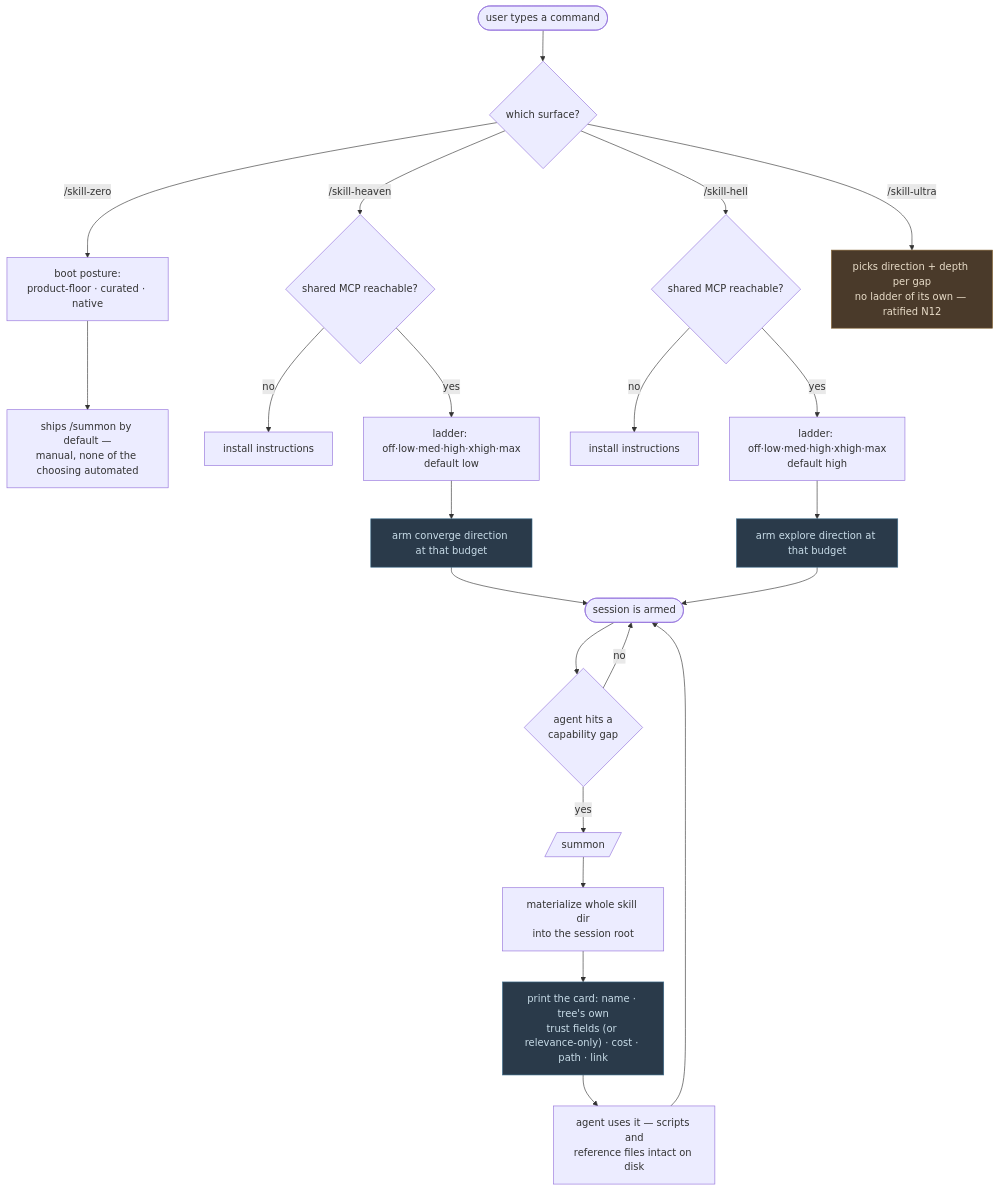
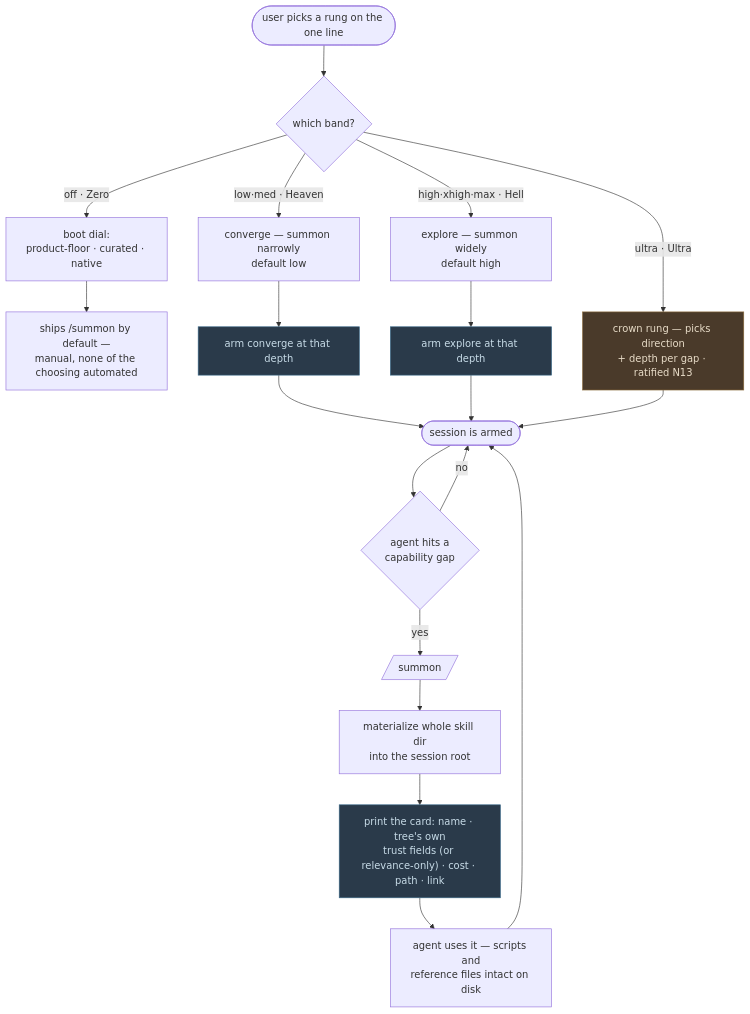
One commit to gaia-research/gaia-skill-heaven changed the diagram in docs/LADDER-FLOW.md. Above: the diagram before and after it, drawn with Mermaid. The commit also changed other lines of this file and 4 other files, not shown here.

First line of the commit message:
docs: reconcile the lexicon to N13 — one ladder, one line, four bands

````diff
--- a/docs/LADDER-FLOW.md
+++ b/docs/LADDER-FLOW.md
@@ -102,35 +103,32 @@
 ```mermaid
 flowchart TD
-    A([user types a command]) --> B{which surface?}
+    A([user picks a rung on the one line]) --> B{which band?}
 
-    B -->|/skill-zero| Z[boot posture:<br/>product-floor · curated · native]
+    B -->|off · Zero| Z[boot dial:<br/>product-floor · curated · native]
     Z --> Z2["`ships /summon by default —<br/>manual, none of the choosing automated`"]
 
-    B -->|/skill-heaven| C{shared MCP reachable?}
-    C -->|no| D[install instructions]
-    C -->|yes| E["`ladder: off·low·med·high·xhigh·max<br/>default low`"]
-    E --> F[arm converge direction at that budget]
+    B -->|low·med · Heaven| E["`converge — summon narrowly<br/>default low`"]
+    E --> F[arm converge at that depth]
 
-    B -->|/skill-hell| I{shared MCP reachable?}
-    I -->|no| J[install instructions]
-    I -->|yes| K["`ladder: off·low·med·high·xhigh·max<br/>default high`"]
-    K --> L[arm explore direction at that budget]
+    B -->|high·xhigh·max · Hell| K["`explore — summon widely<br/>default high`"]
+    K --> L[arm explore at that depth]
 
-    B -->|/skill-ultra| U["`picks direction + depth per gap<br/>no ladder of its own — ratified N12`"]
+    B -->|ultra · Ultra| U["`crown rung — picks direction<br/>+ depth per gap · ratified N13`"]
 
     F --> O([session is armed])
     L --> O
+    U --> O
     O --> P{agent hits a<br/>capability gap}
     P -->|yes| Q[/summon/]
     P -->|no| O
 
     Q --> R[materialize whole skill dir<br/>into the session root]
     R --> S["`print the card: name · tree's own<br/>trust fields (or relevance-only) · cost · path · link`"]
     S --> T[agent uses it — scripts and<br/>reference files intact on disk]
     T --> O
 
     style U fill:#4a3a2a,stroke:#8a6a3a,color:#e8dcc8
     style F fill:#2a3a4a,stroke:#3a6a8a,color:#c8dce8
     style L fill:#2a3a4a,stroke:#3a6a8a,color:#c8dce8
     style S fill:#2a3a4a,stroke:#3a6a8a,color:#c8dce8
 ```
````
